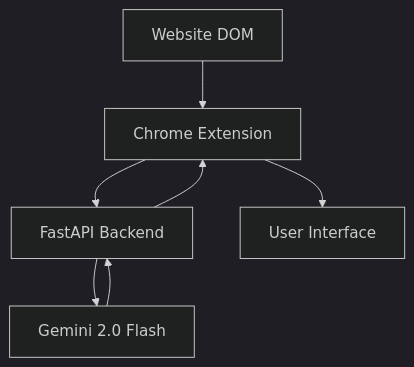
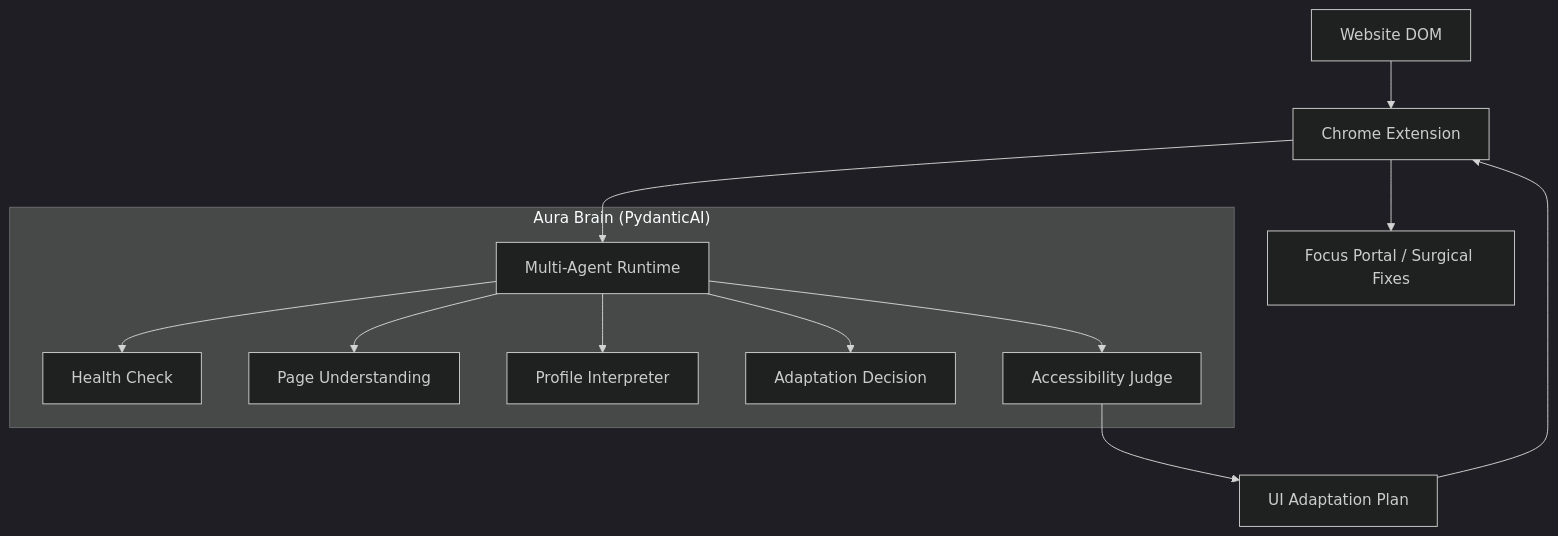
The diagram in README.md (Fpengz/iNTUition), drawn with Mermaid (dark theme) before and after one commit. The commit also changed other lines of this file and 67 other files, not shown here.

First line of the commit message:
feat: implement floating draggable Aura window and modularize backend API

````diff
--- a/README.md
+++ b/README.md
@@ -16,9 +14,15 @@
 ```mermaid
 graph TD
     A[Website DOM] --> B[Chrome Extension]
-    B --> C[FastAPI Backend]
-    C --> D[Gemini 2.0 Flash]
-    D --> C
-    C --> B
-    B --> E[User Interface]
+    B --> C[Multi-Agent Runtime]
+    subgraph "Aura Brain (PydanticAI)"
+        C --> C1[Health Check]
+        C --> C2[Page Understanding]
+        C --> C3[Profile Interpreter]
+        C --> C4[Adaptation Decision]
+        C --> C5[Accessibility Judge]
+    end
+    C5 --> D[UI Adaptation Plan]
+    D --> B
+    B --> E[Focus Portal / Surgical Fixes]
 ```
````
